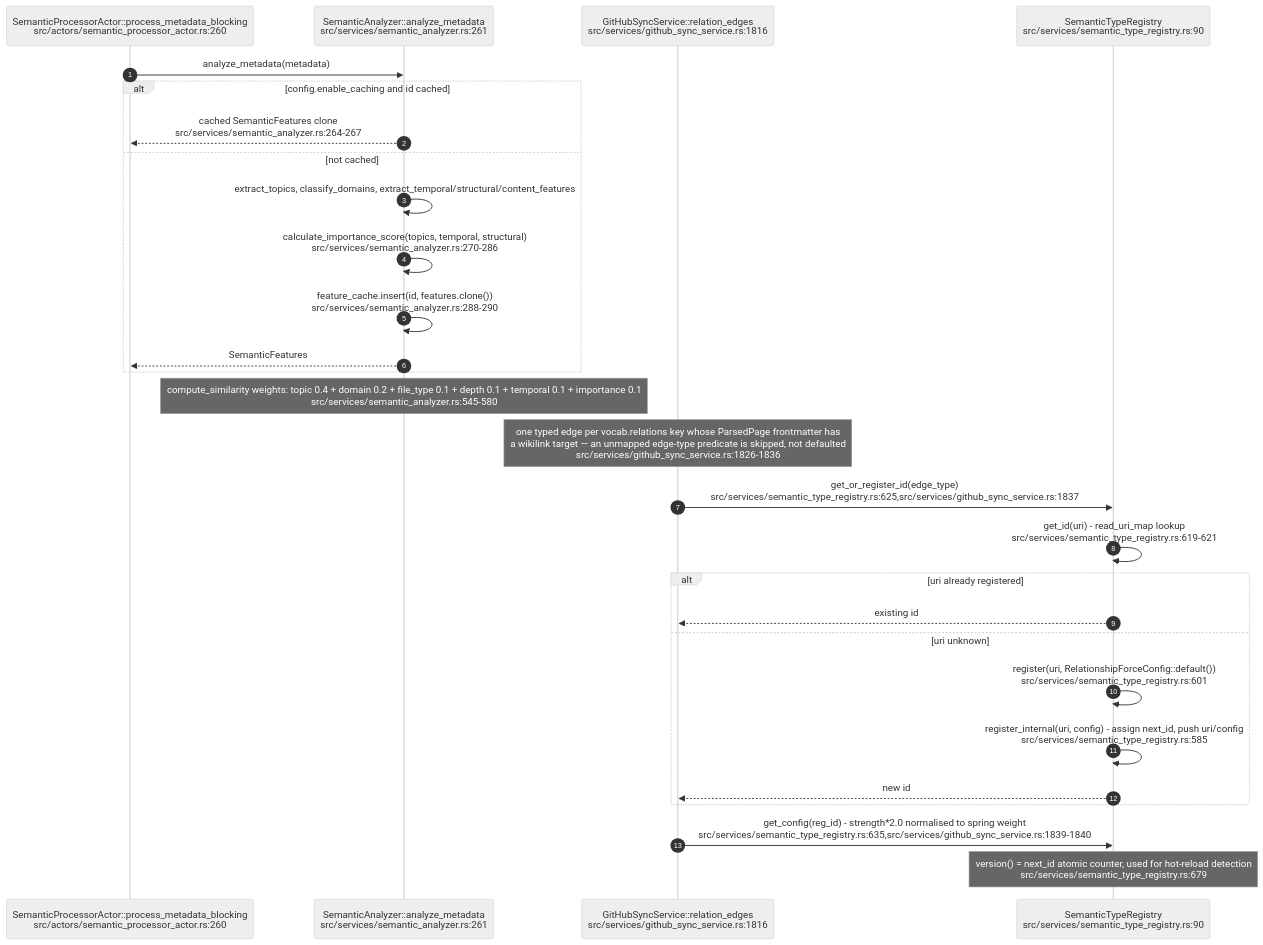
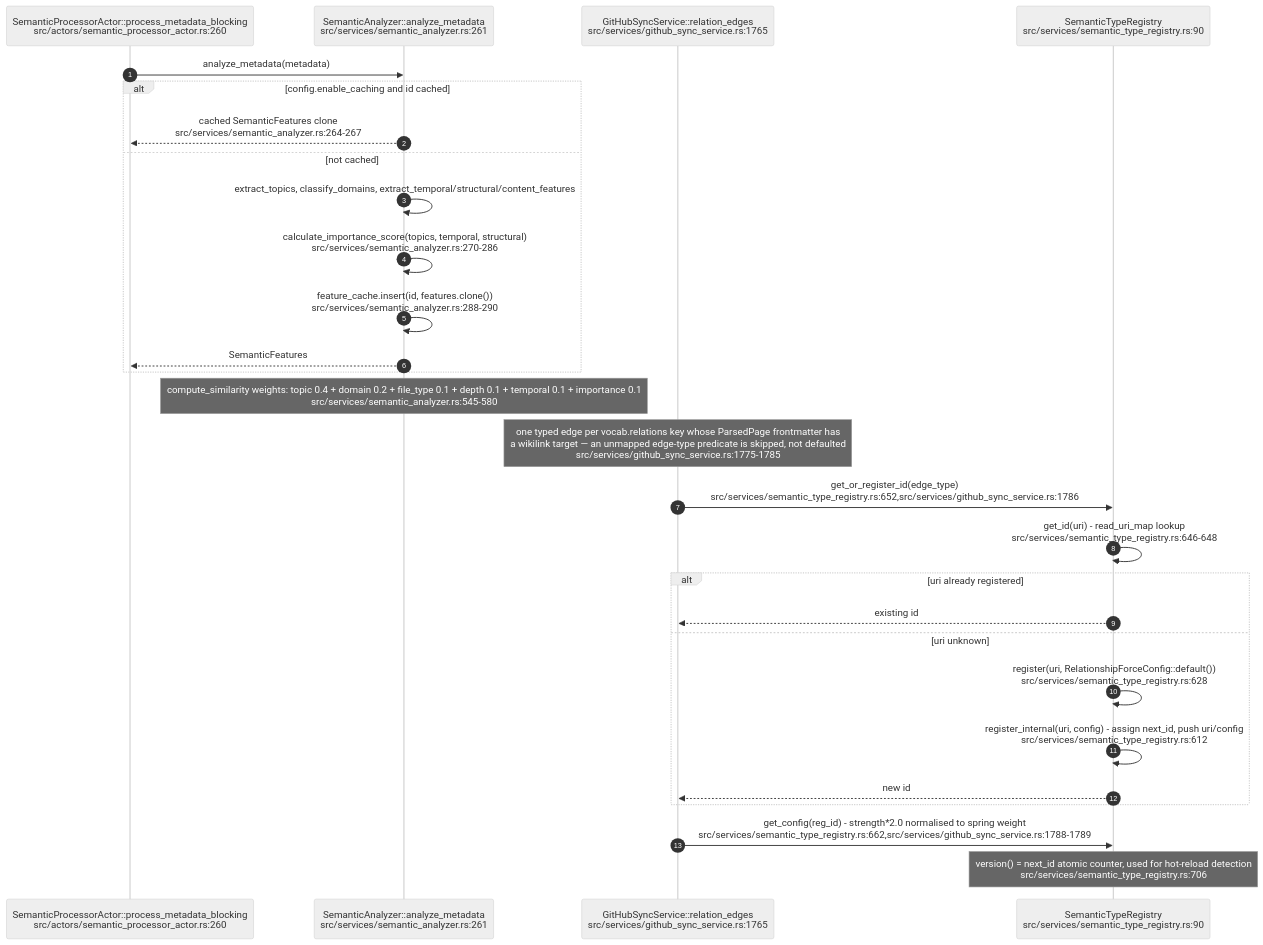
One commit to DreamLab-AI/VisionFlow changed the eighth of 11 diagrams in docs/diagrams/visionclaw/25-insight-kpi-nlq-semantics.md. Above: the diagram before and after it, drawn with Mermaid (neutral theme). The commit also changed other lines of this file and 111 other files, not shown here.

Commit message:
docs(diagrams): align estate maps with current source

````diff
--- a/docs/diagrams/visionclaw/25-insight-kpi-nlq-semantics.md
+++ b/docs/diagrams/visionclaw/25-insight-kpi-nlq-semantics.md
@@ -353,32 +353,32 @@
 ```mermaid
 sequenceDiagram
     autonumber
     participant SPA as SemanticProcessorActor::process_metadata_blocking<br/>src/actors/semantic_processor_actor.rs:260
     participant SA as SemanticAnalyzer::analyze_metadata<br/>src/services/semantic_analyzer.rs:261
-    participant GS as GitHubSyncService::relation_edges<br/>src/services/github_sync_service.rs:1816
+    participant GS as GitHubSyncService::relation_edges<br/>src/services/github_sync_service.rs:1765
     participant REG as SemanticTypeRegistry<br/>src/services/semantic_type_registry.rs:90
 
     SPA->>SA: analyze_metadata(metadata)
     alt config.enable_caching and id cached
         SA-->>SPA: cached SemanticFeatures clone<br/>src/services/semantic_analyzer.rs:264-267
     else not cached
         SA->>SA: extract_topics, classify_domains, extract_temporal/structural/content_features
         SA->>SA: calculate_importance_score(topics, temporal, structural)<br/>src/services/semantic_analyzer.rs:270-286
         SA->>SA: feature_cache.insert(id, features.clone())<br/>src/services/semantic_analyzer.rs:288-290
         SA-->>SPA: SemanticFeatures
     end
     Note over SA: compute_similarity weights: topic 0.4 + domain 0.2 + file_type 0.1 + depth 0.1 + temporal 0.1 + importance 0.1<br/>src/services/semantic_analyzer.rs:545-580
 
-    Note over GS: one typed edge per vocab.relations key whose ParsedPage frontmatter has<br/>a wikilink target — an unmapped edge-type predicate is skipped, not defaulted<br/>src/services/github_sync_service.rs:1826-1836
-    GS->>REG: get_or_register_id(edge_type)<br/>src/services/semantic_type_registry.rs:625,src/services/github_sync_service.rs:1837
-    REG->>REG: get_id(uri) - read_uri_map lookup<br/>src/services/semantic_type_registry.rs:619-621
+    Note over GS: one typed edge per vocab.relations key whose ParsedPage frontmatter has<br/>a wikilink target — an unmapped edge-type predicate is skipped, not defaulted<br/>src/services/github_sync_service.rs:1775-1785
+    GS->>REG: get_or_register_id(edge_type)<br/>src/services/semantic_type_registry.rs:652,src/services/github_sync_service.rs:1786
+    REG->>REG: get_id(uri) - read_uri_map lookup<br/>src/services/semantic_type_registry.rs:646-648
     alt uri already registered
         REG-->>GS: existing id
     else uri unknown
-        REG->>REG: register(uri, RelationshipForceConfig::default())<br/>src/services/semantic_type_registry.rs:601
-        REG->>REG: register_internal(uri, config) - assign next_id, push uri/config<br/>src/services/semantic_type_registry.rs:585
+        REG->>REG: register(uri, RelationshipForceConfig::default())<br/>src/services/semantic_type_registry.rs:628
+        REG->>REG: register_internal(uri, config) - assign next_id, push uri/config<br/>src/services/semantic_type_registry.rs:612
         REG-->>GS: new id
     end
-    GS->>REG: get_config(reg_id) - strength*2.0 normalised to spring weight<br/>src/services/semantic_type_registry.rs:635,src/services/github_sync_service.rs:1839-1840
-    Note over REG: version() = next_id atomic counter, used for hot-reload detection<br/>src/services/semantic_type_registry.rs:679
+    GS->>REG: get_config(reg_id) - strength*2.0 normalised to spring weight<br/>src/services/semantic_type_registry.rs:662,src/services/github_sync_service.rs:1788-1789
+    Note over REG: version() = next_id atomic counter, used for hot-reload detection<br/>src/services/semantic_type_registry.rs:706
 ```
````
